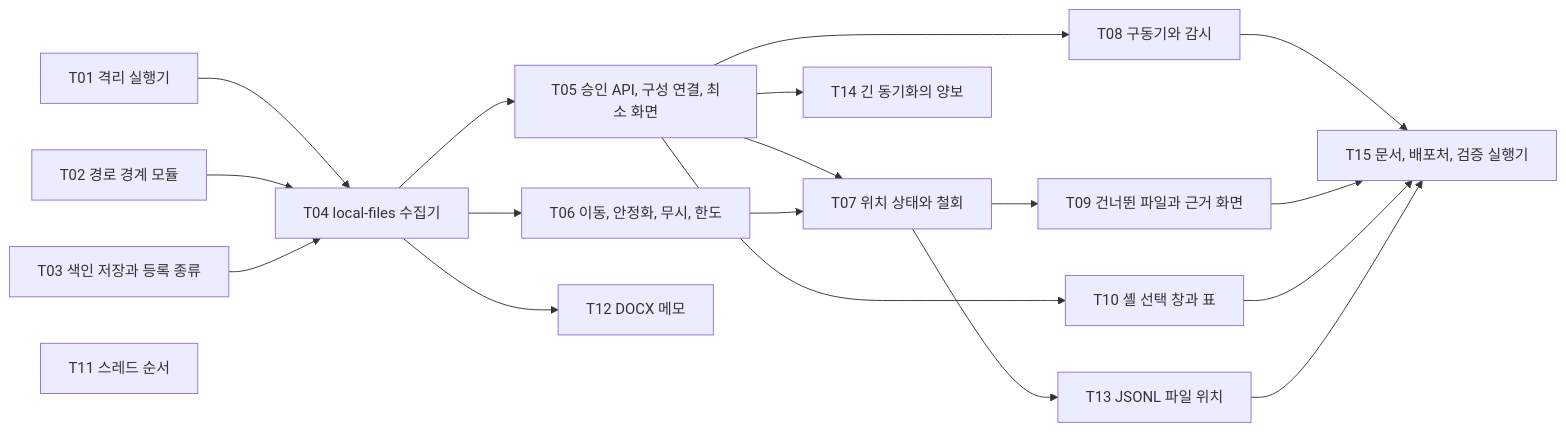
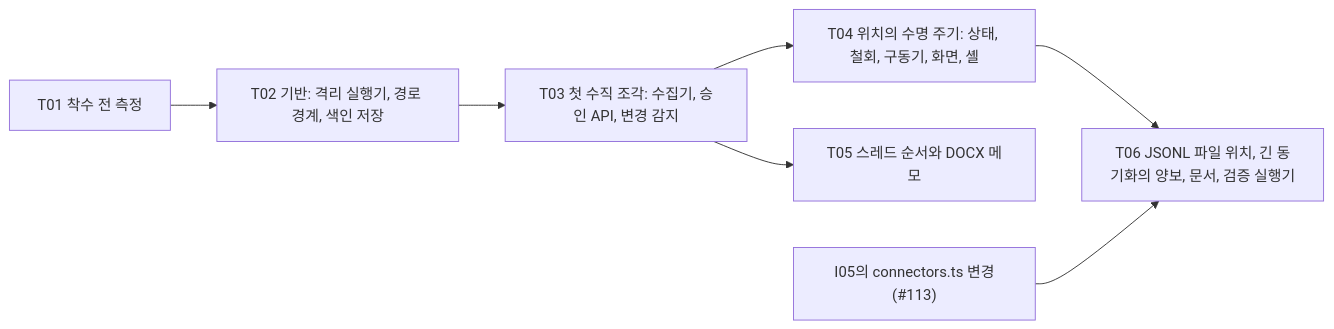
The fourth of 4 diagrams in docs/specs/2026-11-22-I02-local-file-import.md (nohdol97/PKI), drawn with Mermaid before and after one commit. The commit also changed other lines of this file and 1 other file, not shown here.

````diff
--- a/docs/specs/2026-11-22-I02-local-file-import.md
+++ b/docs/specs/2026-11-22-I02-local-file-import.md
@@ -550,21 +736,9 @@
 ```mermaid
 flowchart LR
-  T01["T01 격리 실행기"] --> T04["T04 local-files 수집기"]
-  T02["T02 경로 경계 모듈"] --> T04
-  T03["T03 색인 저장과 등록 종류"] --> T04
-  T04 --> T05["T05 승인 API, 구성 연결, 최소 화면"]
-  T04 --> T06["T06 이동, 안정화, 무시, 한도"]
-  T05 --> T07["T07 위치 상태와 철회"]
-  T06 --> T07
-  T05 --> T08["T08 구동기와 감시"]
-  T07 --> T09["T09 건너뛴 파일과 근거 화면"]
-  T05 --> T10["T10 셸 선택 창과 표"]
-  T11["T11 스레드 순서"]
-  T04 --> T12["T12 DOCX 메모"]
-  T07 --> T13["T13 JSONL 파일 위치"]
-  T05 --> T14["T14 긴 동기화의 양보"]
-  T08 --> T15["T15 문서, 배포처, 검증 실행기"]
-  T09 --> T15
-  T10 --> T15
-  T13 --> T15
+  T01["T01 착수 전 측정"] --> T02["T02 기반: 격리 실행기, 경로 경계, 색인 저장"]
+  T02 --> T03["T03 첫 수직 조각: 수집기, 승인 API, 변경 감지"]
+  T03 --> T04["T04 위치의 수명 주기: 상태, 철회, 구동기, 화면, 셸"]
+  T03 --> T05["T05 스레드 순서와 DOCX 메모"]
+  T04 --> T06["T06 JSONL 파일 위치, 긴 동기화의 양보, 문서, 검증 실행기"]
+  I05["I05의 connectors.ts 변경(#113)"] --> T06
 ```
````
